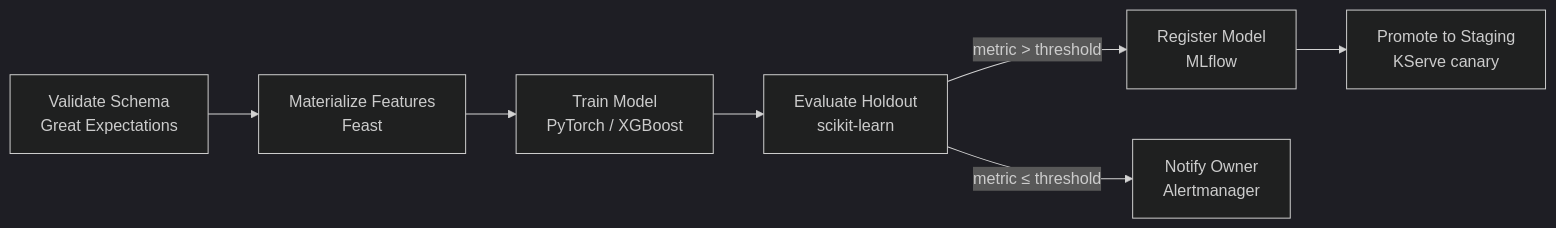
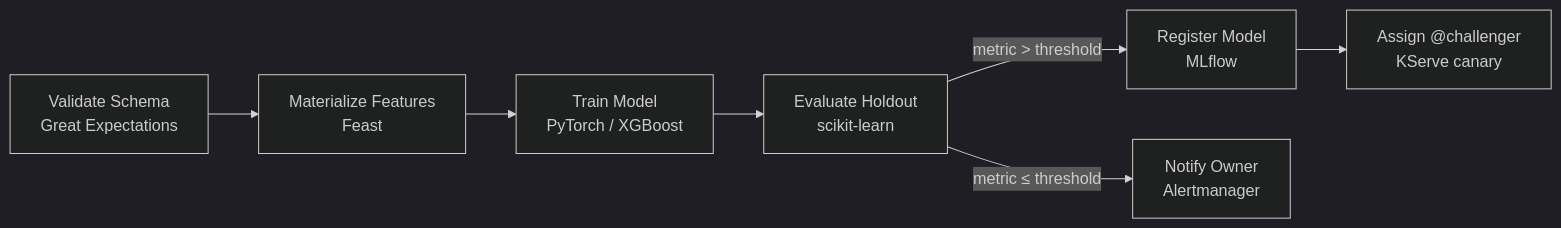
The third of 4 diagrams in src/content/docs/on-premises/ai-ml-infrastructure/module-9.4-private-mlops-platform.md (kube-dojo/kube-dojo), drawn with Mermaid (dark theme) before and after one commit. The commit also changed other lines of this file, not shown here.

````diff
--- a/src/content/docs/on-premises/ai-ml-infrastructure/module-9.4-private-mlops-platform.md
+++ b/src/content/docs/on-premises/ai-ml-infrastructure/module-9.4-private-mlops-platform.md
@@ -242,9 +242,9 @@
 ```mermaid
 flowchart LR
     A[Validate Schema<br/>Great Expectations] --> B[Materialize Features<br/>Feast]
     B --> C[Train Model<br/>PyTorch / XGBoost]
     C --> D[Evaluate Holdout<br/>scikit-learn]
     D -->|metric &gt; threshold| E[Register Model<br/>MLflow]
     D -->|metric &le; threshold| F[Notify Owner<br/>Alertmanager]
-    E --> G[Promote to Staging<br/>KServe canary]
+    E --> G[Assign @challenger<br/>KServe canary]
 ```
````
